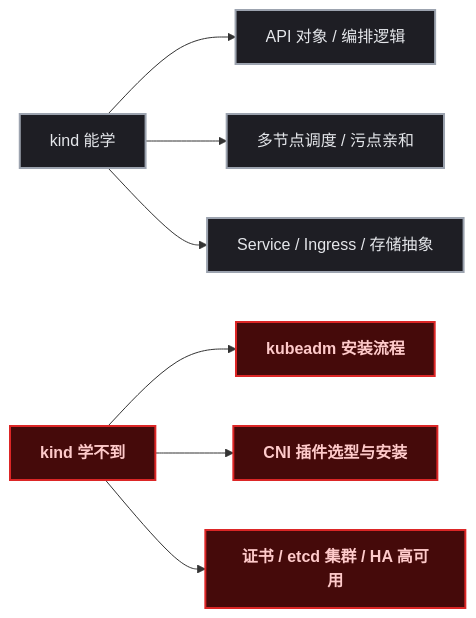
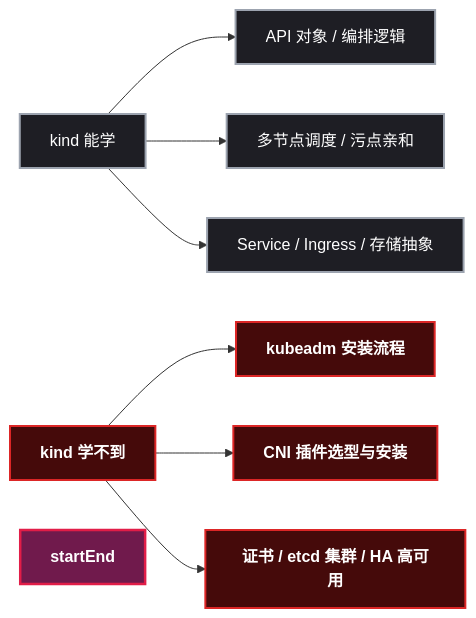
One commit to yaocat55/yaocat55.github.io changed the first of 6 diagrams in content/posts/kubernetes/KindLocalK8sClusterSetup.md. Above: the diagram before and after it, drawn with Mermaid. The commit also changed other lines of this file and 27 other files, not shown here.

Commit message:
docs: 全系列 93 张 Mermaid 图 classDef 改为 style 强制深底白字(修复部分渲染器白底浅字)+历史文件格式清理

````diff
--- a/content/posts/kubernetes/KindLocalK8sClusterSetup.md
+++ b/content/posts/kubernetes/KindLocalK8sClusterSetup.md
@@ -47,15 +47,18 @@
 ```mermaid
 flowchart LR
     A["kind 能学"] --> A1["API 对象 / 编排逻辑"]
     A --> A2["多节点调度 / 污点亲和"]
     A --> A3["Service / Ingress / 存储抽象"]
     B["kind 学不到"] --> B1["kubeadm 安装流程"]
     B --> B2["CNI 插件选型与安装"]
     B --> B3["证书 / etcd 集群 / HA 高可用"]
-    classDef startEnd fill:#701a4c,stroke:#e11d48,stroke-width:2.5px,color:#fce7f3,font-weight:bold;
-    classDef leaf fill:#1e1e24,stroke:#9ca3af,stroke-width:2px,color:#e5e7eb;
-    classDef reject fill:#450a0a,stroke:#dc2626,stroke-width:2px,color:#fecaca,font-weight:bold;
-    class A,A1,A2,A3 leaf;
-    class B,B1,B2,B3 reject;
-    class startEnd startEnd;
+    style A fill:#1e1e24,stroke:#9ca3af,stroke-width:2px,color:#ffffff
+    style A1 fill:#1e1e24,stroke:#9ca3af,stroke-width:2px,color:#ffffff
+    style A2 fill:#1e1e24,stroke:#9ca3af,stroke-width:2px,color:#ffffff
+    style A3 fill:#1e1e24,stroke:#9ca3af,stroke-width:2px,color:#ffffff
+    style B fill:#450a0a,stroke:#dc2626,stroke-width:2px,color:#ffffff,font-weight:bold
+    style B1 fill:#450a0a,stroke:#dc2626,stroke-width:2px,color:#ffffff,font-weight:bold
+    style B2 fill:#450a0a,stroke:#dc2626,stroke-width:2px,color:#ffffff,font-weight:bold
+    style B3 fill:#450a0a,stroke:#dc2626,stroke-width:2px,color:#ffffff,font-weight:bold
+    style startEnd fill:#701a4c,stroke:#e11d48,stroke-width:2.5px,color:#ffffff,font-weight:bold
 ```
````
